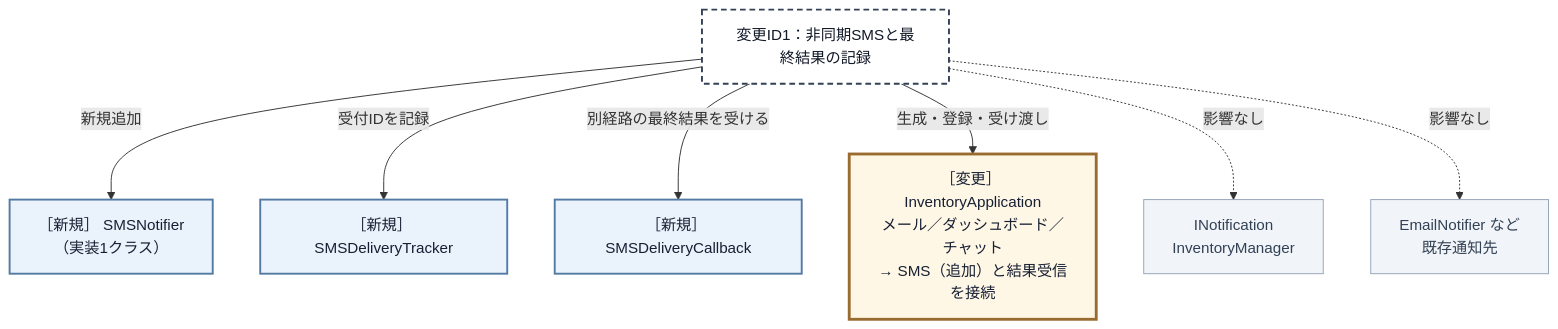
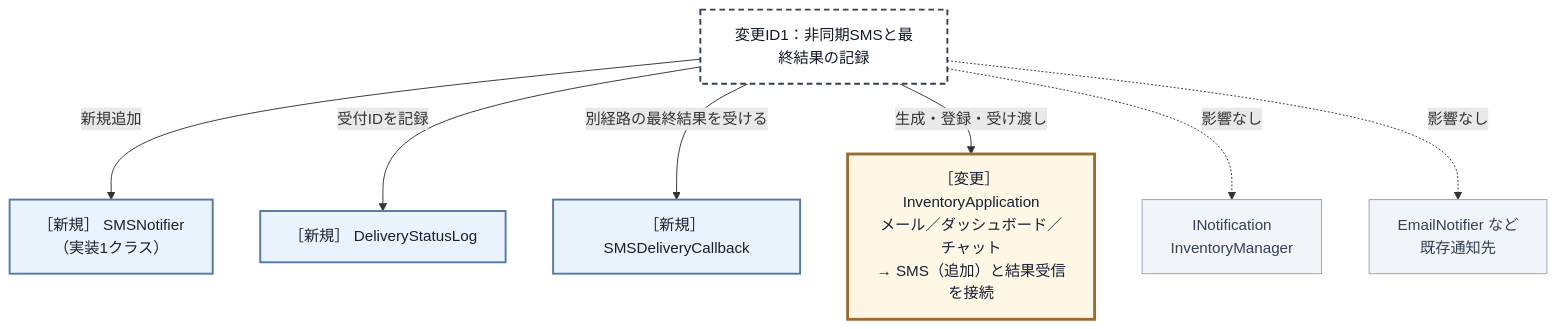
One commit to kumachan1101-pixel/DesignPattern changed diagram 19 of 20 in kindle/design-patterns/books/volume01-core-patterns/output/05-chapter03.md. Above: the diagram before and after it, drawn with Mermaid. The commit also changed other lines of this file and 6 other files, not shown here.

````diff
--- a/kindle/design-patterns/books/volume01-core-patterns/output/05-chapter03.md
+++ b/kindle/design-patterns/books/volume01-core-patterns/output/05-chapter03.md
@@ -2958,15 +2951,15 @@
 ```mermaid
 graph TD
     T1["変更ID1：非同期SMSと最終結果の記録"]:::req
         -->|新規追加| N1["［新規］ SMSNotifier<br>（実装1クラス）"]:::added
-    T1 -->|受付IDを記録| N2["［新規］ SMSDeliveryTracker"]:::added
+    T1 -->|受付IDを記録| N2["［新規］ DeliveryStatusLog"]:::added
     T1 -->|別経路の最終結果を受ける| N3["［新規］ SMSDeliveryCallback"]:::added
     T1 -->|生成・登録・受け渡し| N4["［変更］ InventoryApplication<br>メール／ダッシュボード／チャット<br>→ SMS（追加）と結果受信を接続"]:::touched
     T1 -. "影響なし" .-> A["INotification<br>InventoryManager"]:::keep
     T1 -. "影響なし" .-> B["EmailNotifier など<br>既存通知先"]:::keep
 
     classDef req fill:#ffffff,stroke:#334155,stroke-width:2px,stroke-dasharray:6 4,color:#111827;
     classDef keep fill:#f1f5f9,stroke:#94a3b8,color:#334155;
     classDef added fill:#eaf2fb,stroke:#527aa3,stroke-width:2px,color:#172033;
     classDef touched fill:#fff7e6,stroke:#9a6b2f,stroke-width:3px,color:#172033;
 ```
````
